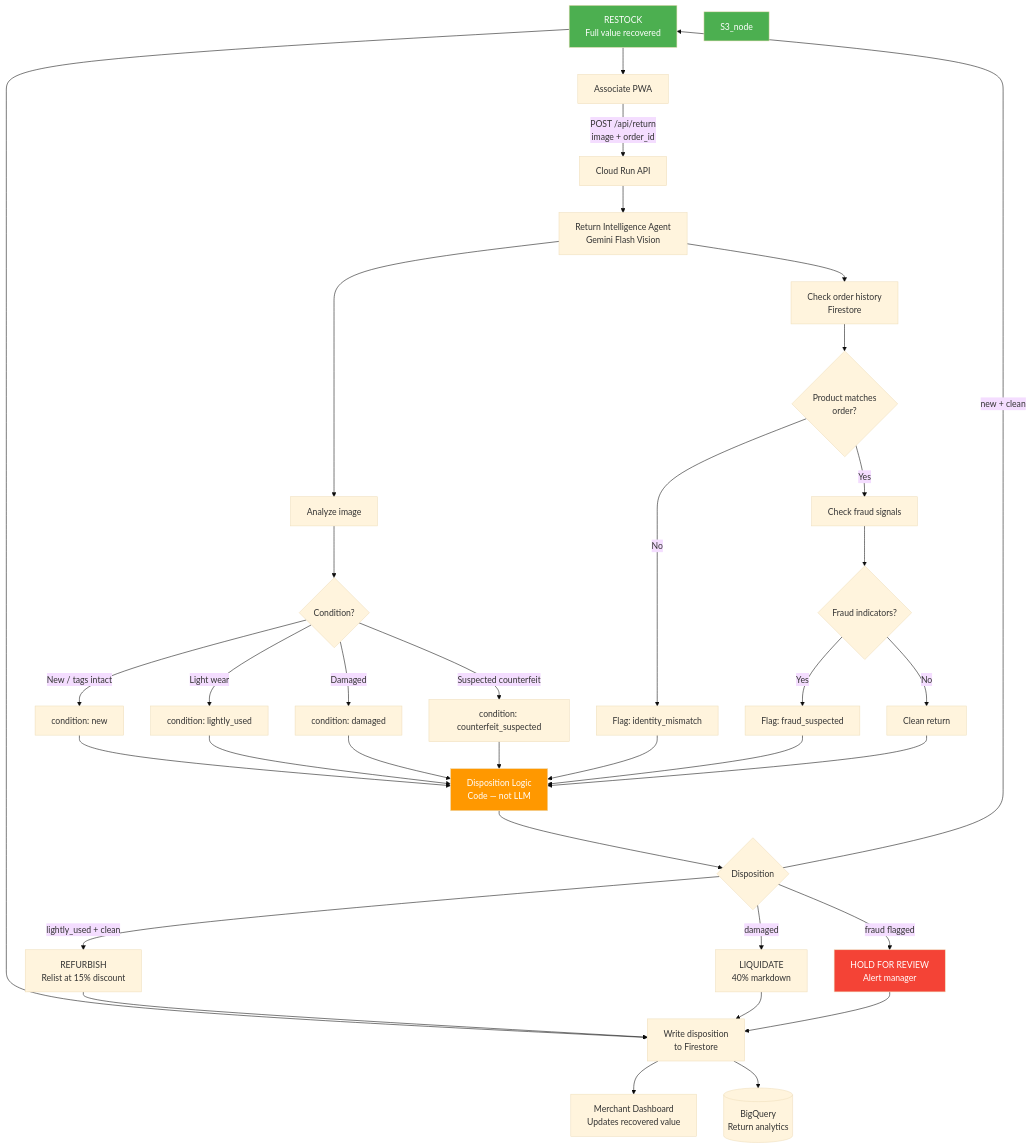
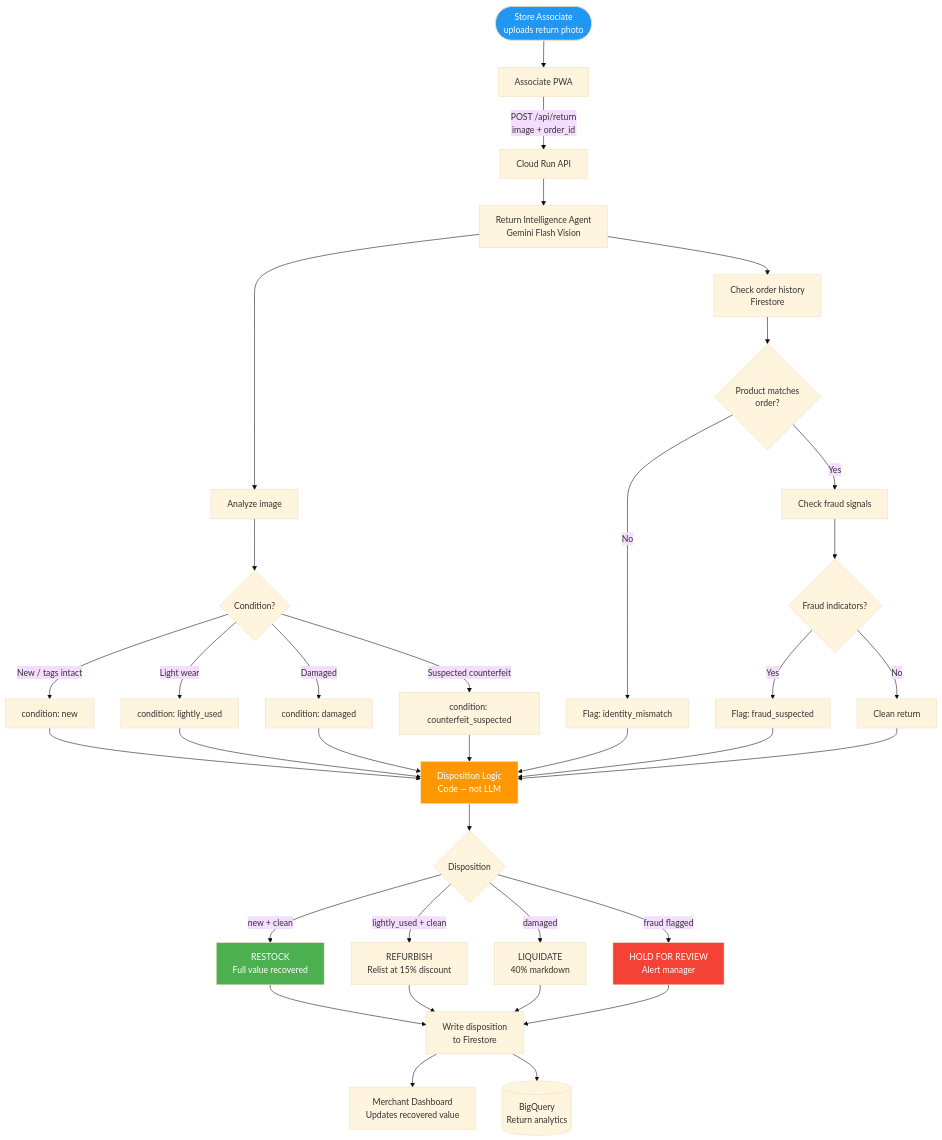
One commit to sanketp27/OffgridAI changed the fourth of 15 diagrams in docs/flow_diagram.md. Above: the diagram before and after it, drawn with Mermaid (base theme). The commit also changed other lines of this file and 1 other file, not shown here.

Commit message:
Remove outdated flow diagrams for OffGrid AI, consolidating documentation to streamline the design process and enhance clarity on conversational shopping, demand planning, fraud detection, and insights generation.

````diff
--- a/docs/flow_diagram.md
+++ b/docs/flow_diagram.md
@@ -203,67 +187,62 @@
 ```mermaid
-
 flowchart TD
 
-    S3([Store Associate\nuploads return photo]) --> A3[Associate PWA]
+    S3([Store Associate\nuploads return photo]) --> A3[Associate PWA]
 
-    A3 -->|POST /api/return\nimage + order_id| B3[Cloud Run API]
+    A3 -->|POST /api/return\nimage + order_id| B3[Cloud Run API]
 
-    B3 --> C3[Return Intelligence Agent\nGemini Flash Vision]
+    B3 --> C3[Return Intelligence Agent\nGemini Flash Vision]
 
-    C3 --> D3[Analyze image]
+    C3 --> D3[Analyze image]
 
-    D3 --> E3{Condition?}
+    D3 --> E3{Condition?}
 
-    E3 -->|New / tags intact| F3[condition: new]
+    E3 -->|New / tags intact| F3[condition: new]
 
-    E3 -->|Light wear| G3[condition: lightly_used]
+    E3 -->|Light wear| G3[condition: lightly_used]
 
-    E3 -->|Damaged| H3[condition: damaged]
+    E3 -->|Damaged| H3[condition: damaged]
 
-    E3 -->|Suspected counterfeit| I3[condition: counterfeit_suspected]
+    E3 -->|Suspected counterfeit| I3[condition: counterfeit_suspected]
 
-    C3 --> J3[Check order history\nFirestore]
+    C3 --> J3[Check order history\nFirestore]
 
-    J3 --> K3{Product matches\norder?}
+    J3 --> K3{Product matches\norder?}
 
-    K3 -->|No| L3[Flag: identity_mismatch]
+    K3 -->|No| L3[Flag: identity_mismatch]
 
-    K3 -->|Yes| M3[Check fraud signals]
+    K3 -->|Yes| M3[Check fraud signals]
 
-    M3 --> N3{Fraud indicators?}
+    M3 --> N3{Fraud indicators?}
 
-    N3 -->|Yes| O3[Flag: fraud_suspected]
+    N3 -->|Yes| O3[Flag: fraud_suspected]
 
-    N3 -->|No| P3[Clean return]
+    N3 -->|No| P3[Clean return]
 
-    F3 & G3 & H3 & I3 --> Q3[Disposition Logic\nCode — not LLM]
+    F3 & G3 & H3 & I3 --> Q3[Disposition Logic\nCode — not LLM]
 
-    L3 & O3 --> Q3
+    L3 & O3 --> Q3
 
-    P3 --> Q3
+    P3 --> Q3
 
-    Q3 --> R3{Disposition}
+    Q3 --> R3{Disposition}
 
-    R3 -->|new + clean| S3[RESTOCK\nFull value recovered]
+    R3 -->|new + clean| S3_disp[RESTOCK\nFull value recovered]
 
-    R3 -->|lightly_used + clean| T3[REFURBISH\nRelist at 15% discount]
+    R3 -->|lightly_used + clean| T3[REFURBISH\nRelist at 15% discount]
 
-    R3 -->|damaged| U3[LIQUIDATE\n40% markdown]
+    R3 -->|damaged| U3[LIQUIDATE\n40% markdown]
 
-    R3 -->|fraud flagged| V3[HOLD FOR REVIEW\nAlert manager]
+    R3 -->|fraud flagged| V3[HOLD FOR REVIEW\nAlert manager]
 
-    S3 & T3 & U3 & V3 --> W3[Write disposition\nto Firestore]
+    S3_disp & T3 & U3 & V3 --> W3[Write disposition\nto Firestore]
 
-    W3 --> X3[Merchant Dashboard\nUpdates recovered value]
+    W3 --> X3[Merchant Dashboard\nUpdates recovered value]
 
-    W3 --> Y3[(BigQuery\nReturn analytics)]
+    W3 --> Y3[(BigQuery\nReturn analytics)]
 
-    style S3_node fill:#4CAF50,color:#fff
-
-    style V3 fill:#f44336,color:#fff
-
-    style S3 fill:#4CAF50,color:#fff
-
-    style Q3 fill:#FF9800,color:#fff
-
+    style S3 fill:#2196F3,color:#fff
+    style S3_disp fill:#4CAF50,color:#fff
+    style V3 fill:#f44336,color:#fff
+    style Q3 fill:#FF9800,color:#fff
 ```
````
